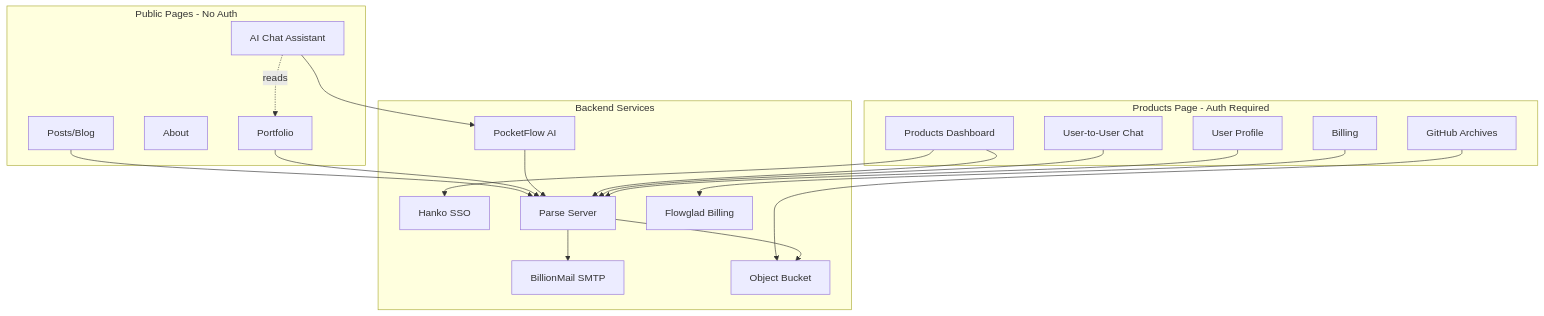
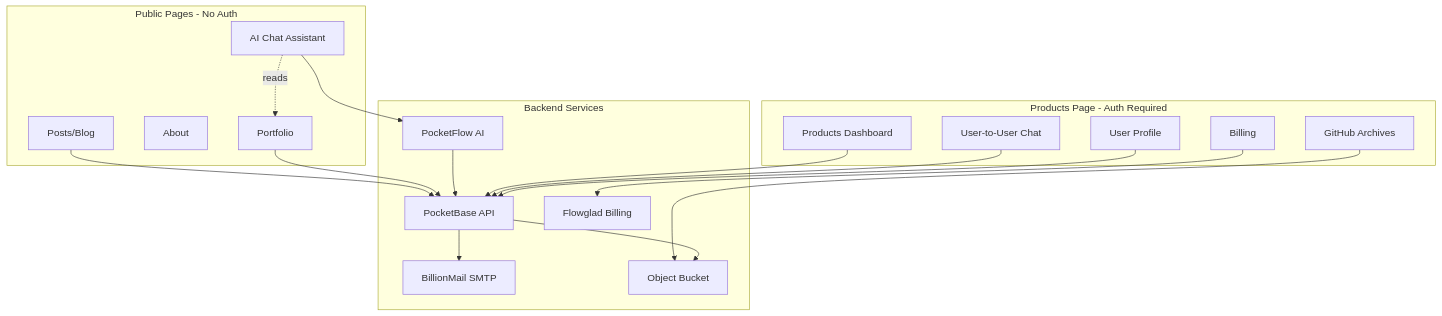
Before and after one commit to dirm02/bloggista: the first of 13 diagrams in expansion.md, drawn with Mermaid. The commit also changed other lines of this file, not shown here.

````diff
--- a/expansion.md
+++ b/expansion.md
@@ -14,40 +14,38 @@
 ```mermaid
 flowchart TB
     subgraph Public [Public Pages - No Auth]
         Posts[Posts/Blog]
         About[About]
         Portfolio[Portfolio]
         AIChat[AI Chat Assistant]
     end
 
     subgraph Private [Products Page - Auth Required]
         Products[Products Dashboard]
         UserChat[User-to-User Chat]
         Billing[Billing]
         UserProfile[User Profile]
         RepoArchive[GitHub Archives]
     end
 
     subgraph Backend [Backend Services]
-        Hanko[Hanko SSO]
-        Parse[Parse Server]
+        PocketBase[PocketBase API]
         PocketFlow[PocketFlow AI]
         BillionMail[BillionMail SMTP]
         Flowglad[Flowglad Billing]
         Bucket[Object Bucket]
     end
 
-    Posts --> Parse
-    Portfolio --> Parse
+    Posts --> PocketBase
+    Portfolio --> PocketBase
     AIChat --> PocketFlow
     AIChat -.->|reads| Portfolio
-    PocketFlow --> Parse
-    Products --> Hanko
-    Products --> Parse
-    UserChat --> Parse
+    PocketFlow --> PocketBase
+    Products --> PocketBase
+    UserChat --> PocketBase
     Billing --> Flowglad
-    UserProfile --> Parse
+    UserProfile --> PocketBase
     RepoArchive --> Bucket
-    Parse --> BillionMail
-    Parse --> Bucket
+    PocketBase --> BillionMail
+    PocketBase --> Bucket
 ```
````
